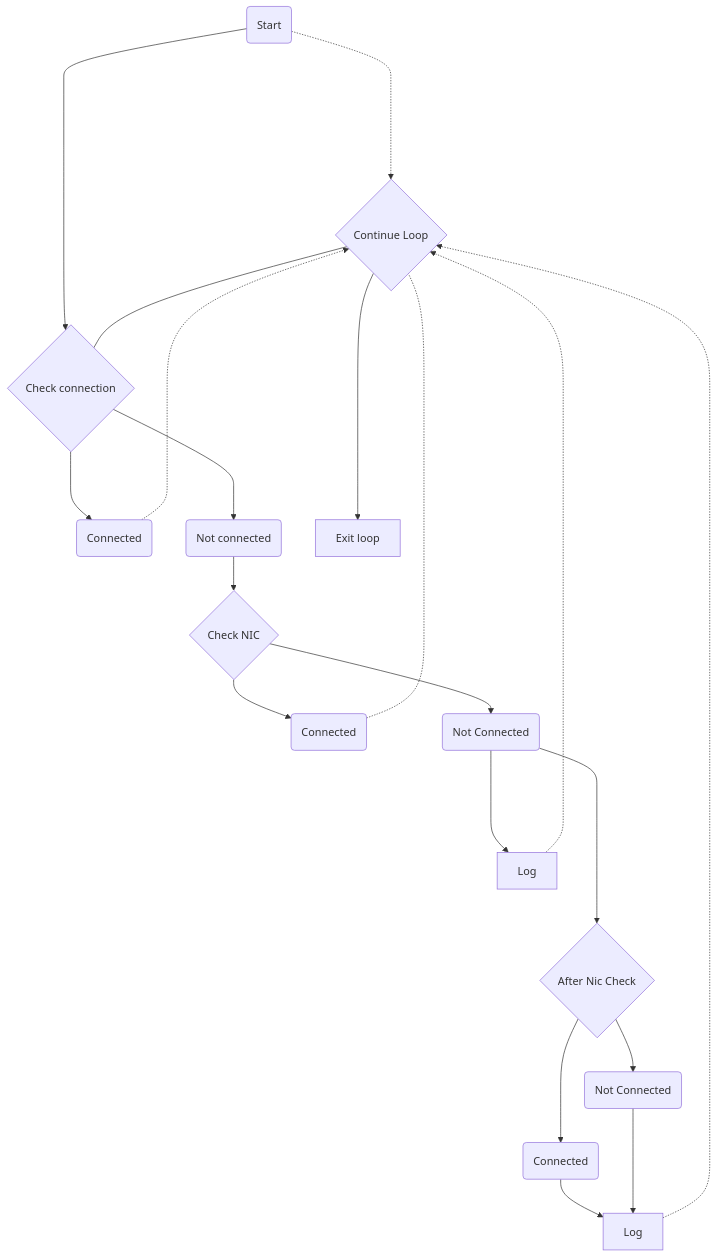
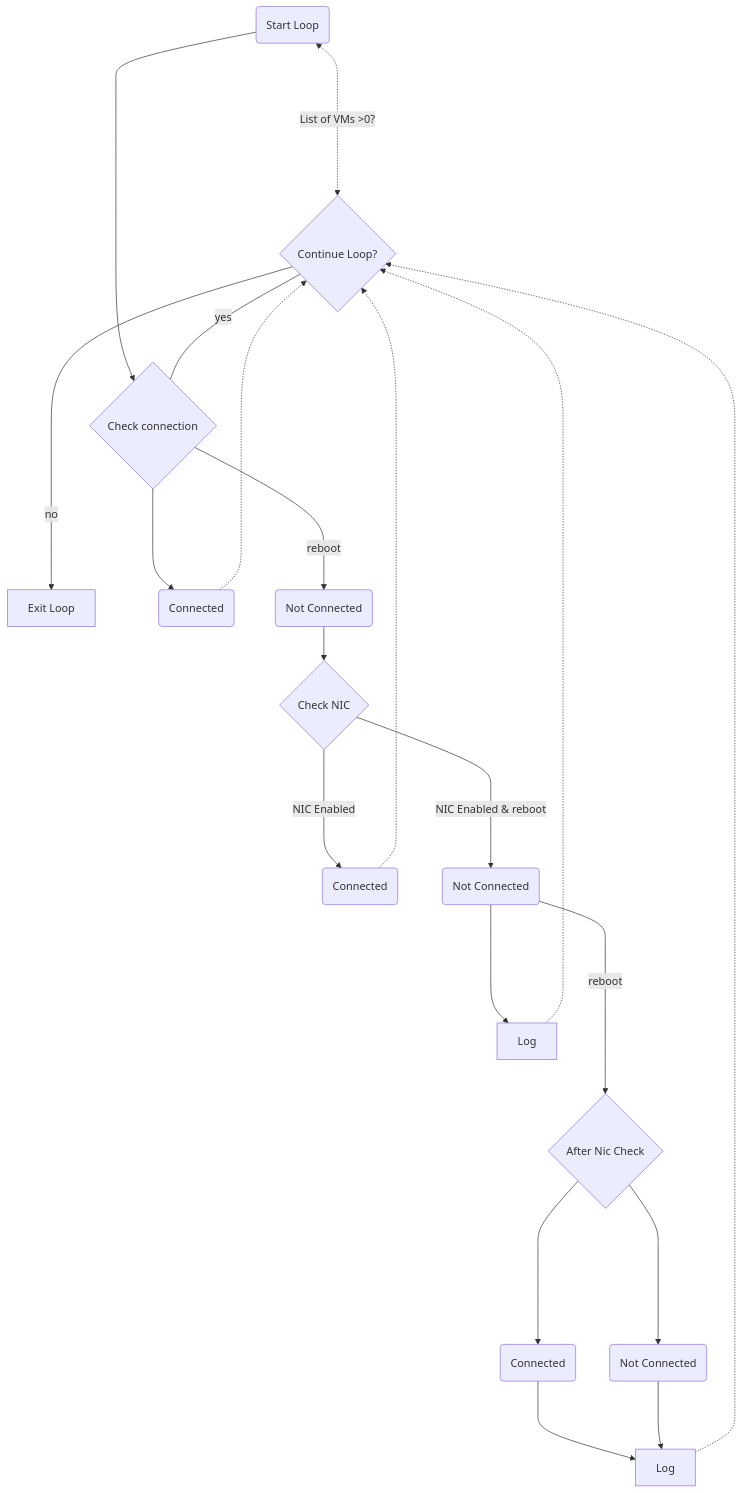
The diagram in test.mmd (timoteuszelle/testconnection-reboot), drawn with Mermaid before and after one commit.

```diff
--- a/test.mmd
+++ b/test.mmd
@@ -1,34 +1,35 @@
-graph TB
-A -.-> B;
-A ------> C{C};
+flowchart TB
+N & A;
+A <-.->|List of VMs >0?| B;
+A ------> C;
 C ---> D;
-C ---> E;
-E --> F{F};
-F --> G;
-F --> H;
+C --->|reboot| E;
+E --> F;
+F ---->|NIC Enabled| G;
+F ---->|NIC Enabled & reboot| H;
 H ----> I;
 I -.-> B;
-G -.- B;
-H -----> J{J};
+G -.-> B;
+H ----->|reboot| J;
 J --> K;
-J --> L;
-L --> M;
+J -----> L;
+L ---> M;
 M -.-> B;
 K ---> M;
-B ----> N;
-B --- C;
+B ---->|no| N;
+B ---|yes| C;
 D -.-> B;
-A(Start)
-B{Continue Loop}
+A(Start Loop)
+B{Continue Loop?}
 C{Check connection}
 D(Connected)
-E(Not connected)
+E(Not Connected)
 F{Check NIC}
 G(Connected)
 H(Not Connected)
 I[Log]
 J{After Nic Check}
 M[Log]
 L(Connected)
 K(Not Connected)
-N[Exit loop]
+N[Exit Loop]
```
